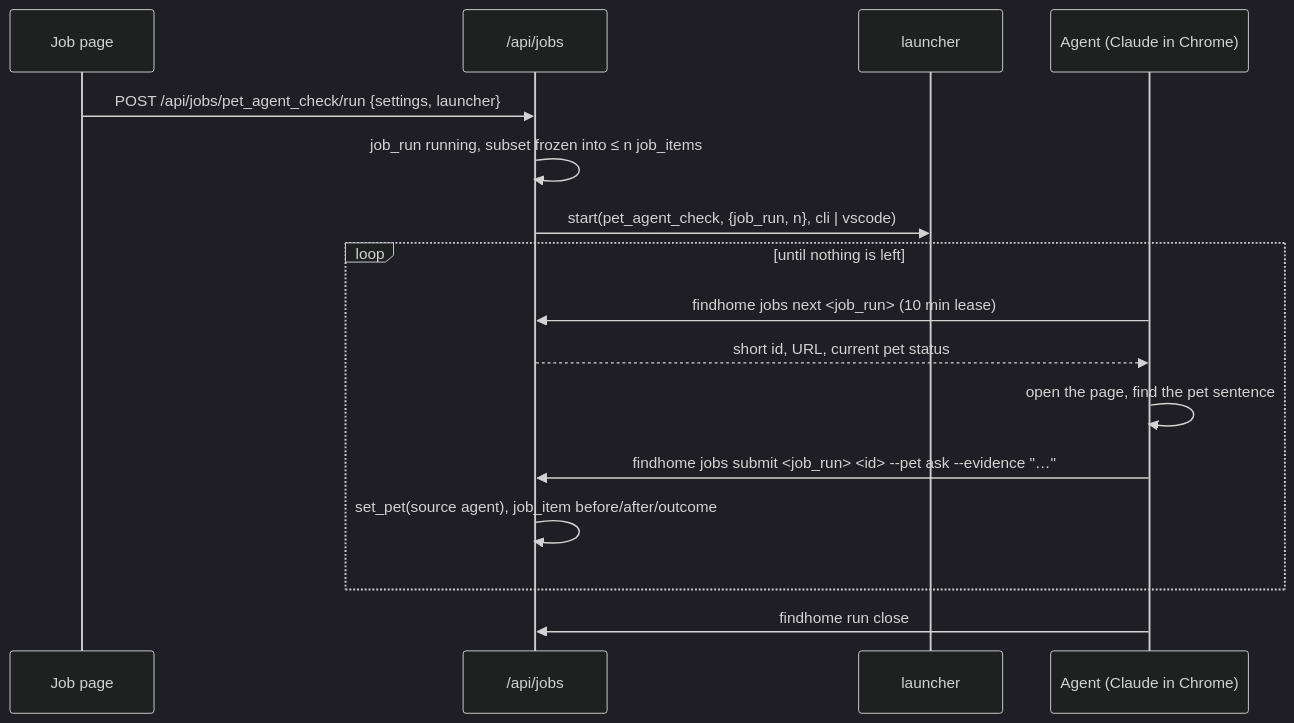
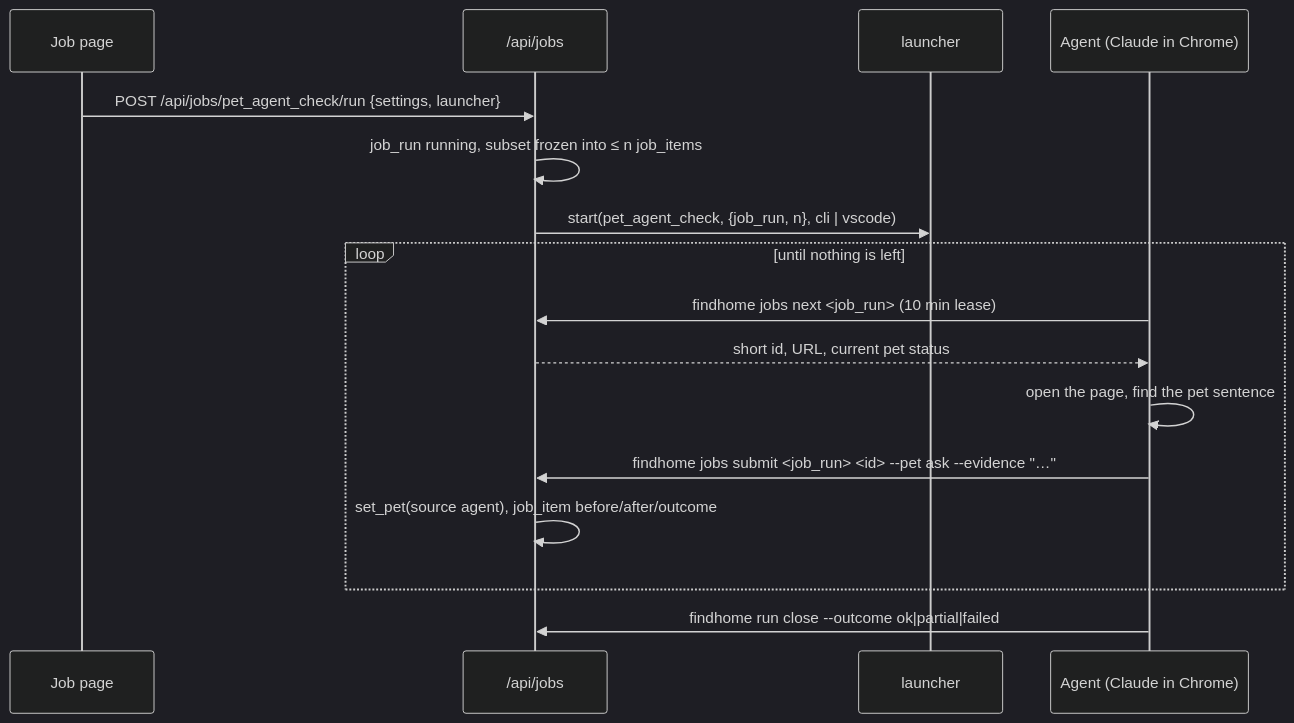
The diagram in guide/architecture/jobs.md (MassimilianoBiancucci/find_home), drawn with Mermaid (dark theme) before and after one commit. The commit also changed 36 other files, not shown here.

````diff
--- a/guide/architecture/jobs.md
+++ b/guide/architecture/jobs.md
@@ -32,18 +32,18 @@
 ```mermaid
 sequenceDiagram
   participant UI as Job page
   participant API as /api/jobs
   participant L as launcher
   participant AG as Agent (Claude in Chrome)
   UI->>API: POST /api/jobs/pet_agent_check/run {settings, launcher}
   API->>API: job_run running, subset frozen into ≤ n job_items
   API->>L: start(pet_agent_check, {job_run, n}, cli | vscode)
   loop until nothing is left
     AG->>API: findhome jobs next <job_run> (10 min lease)
     API-->>AG: short id, URL, current pet status
     AG->>AG: open the page, find the pet sentence
     AG->>API: findhome jobs submit <job_run> <id> --pet ask --evidence "…"
     API->>API: set_pet(source agent), job_item before/after/outcome
   end
-  AG->>API: findhome run close
+  AG->>API: findhome run close --outcome ok|partial|failed
 ```
````
